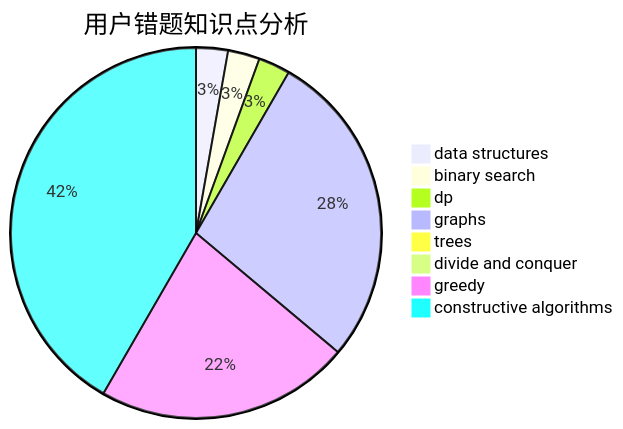
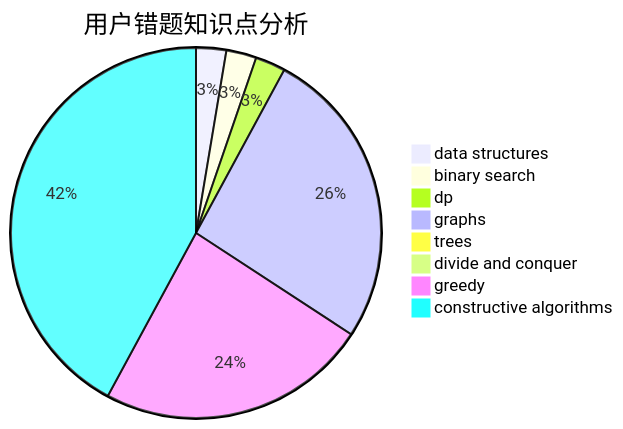
The third of 3 diagrams in docs/user/u1051.md (sherpahu/cfrs.github.io), drawn with Mermaid before and after one commit. The commit also changed other lines of this file and 2770 other files, not shown here.

````diff
--- a/docs/user/u1051.md
+++ b/docs/user/u1051.md
@@ -36,11 +36,11 @@
 ```mermaid
 pie title 用户错题知识点分析
     "data structures" :  1
     "binary search" :  1
     "dp" :  1
     "graphs" :  10
     "trees" :  0
     "divide and conquer" :  0
-    "greedy" :  8
-    "constructive algorithms" :  15
+    "greedy" :  9
+    "constructive algorithms" :  16
 ```
````
